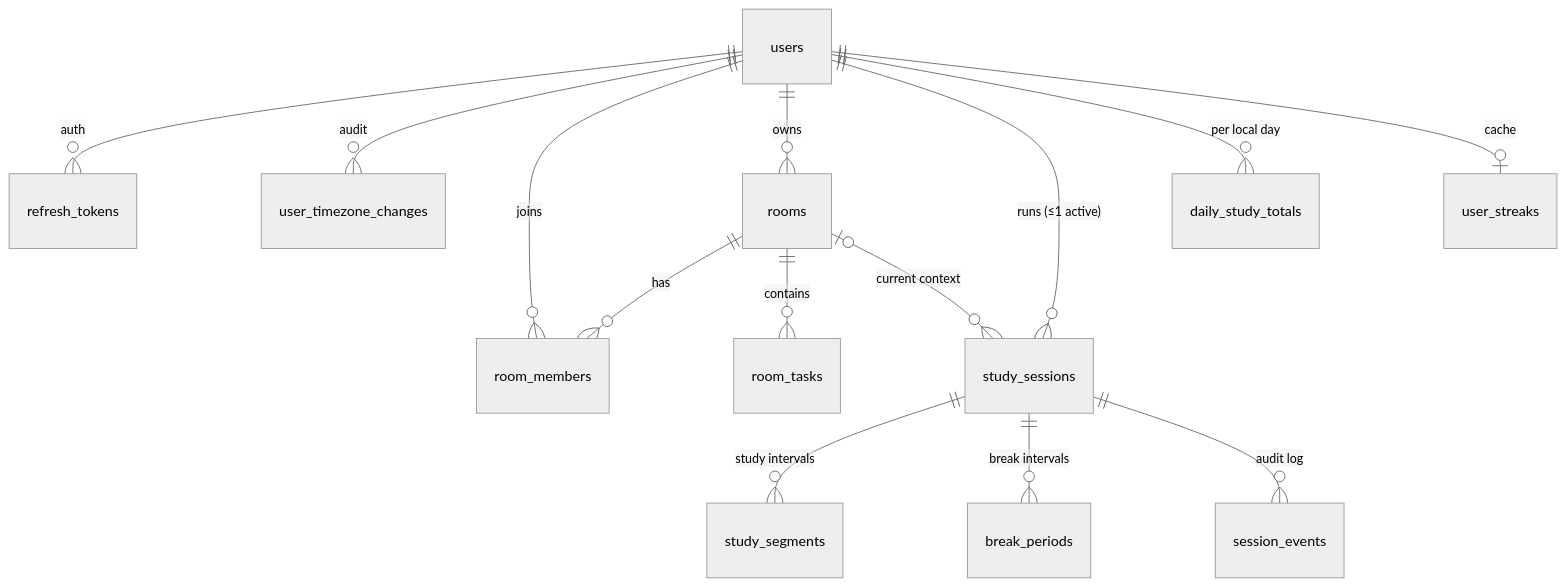
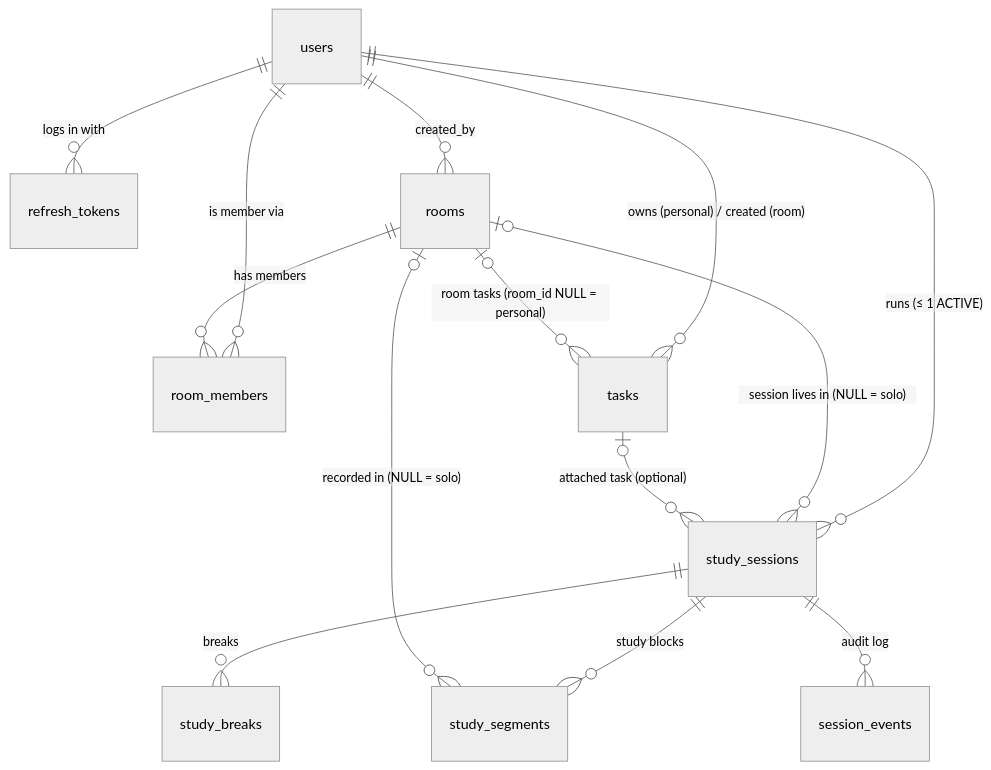
Before and after one commit to Atharvaajain/StudySync: the diagram in DATABASE_DESIGN.md, drawn with Mermaid (neutral theme). The commit also changed other lines of this file and 6 other files, not shown here.

````diff
--- a/DATABASE_DESIGN.md
+++ b/DATABASE_DESIGN.md
@@ -59,16 +62,16 @@
 ```mermaid
 erDiagram
-  users ||--o{ refresh_tokens : "auth"
-  users ||--o{ user_timezone_changes : "audit"
-  users ||--o{ room_members : "joins"
-  users ||--o{ rooms : "owns"
-  rooms ||--o{ room_members : "has"
-  rooms ||--o{ room_tasks : "contains"
-  users ||--o{ study_sessions : "runs (≤1 active)"
-  rooms |o--o{ study_sessions : "current context"
-  study_sessions ||--o{ study_segments : "study intervals"
-  study_sessions ||--o{ break_periods : "break intervals"
+  users ||--o{ refresh_tokens : "logs in with"
+  users ||--o{ rooms : "created_by"
+  users ||--o{ room_members : "is member via"
+  rooms ||--o{ room_members : "has members"
+  users ||--o{ tasks : "owns (personal) / created (room)"
+  rooms |o--o{ tasks : "room tasks (room_id NULL = personal)"
+  users ||--o{ study_sessions : "runs (≤ 1 ACTIVE)"
+  rooms |o--o{ study_sessions : "session lives in (NULL = solo)"
+  tasks |o--o{ study_sessions : "attached task (optional)"
+  study_sessions ||--o{ study_segments : "study blocks"
+  study_sessions ||--o{ study_breaks : "breaks"
   study_sessions ||--o{ session_events : "audit log"
-  users ||--o{ daily_study_totals : "per local day"
-  users ||--o| user_streaks : "cache"
+  rooms |o--o{ study_segments : "recorded in (NULL = solo)"
 ```
````
